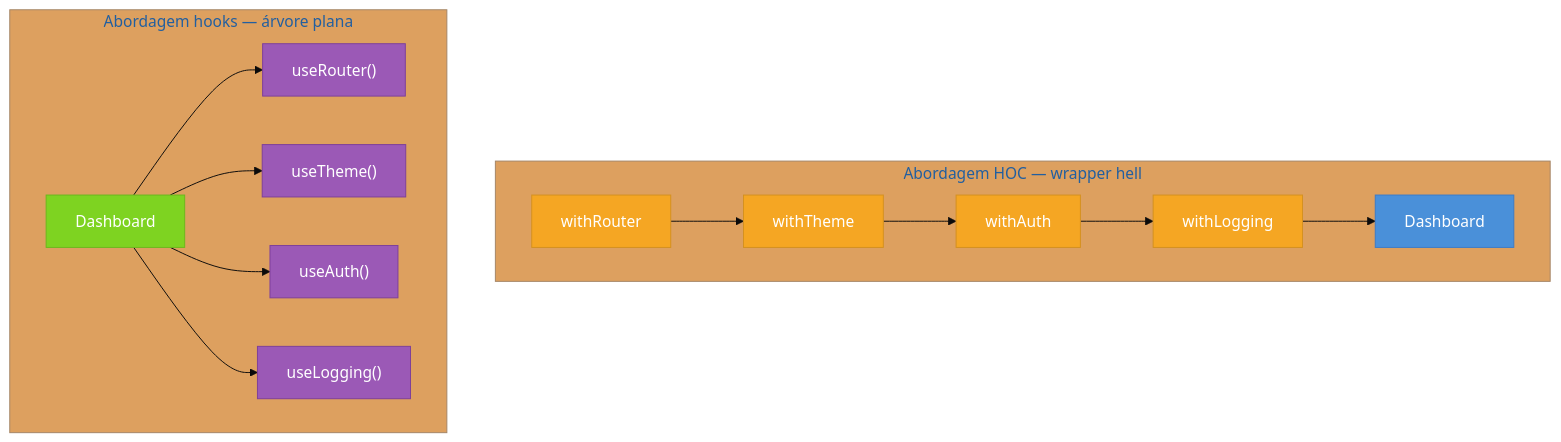
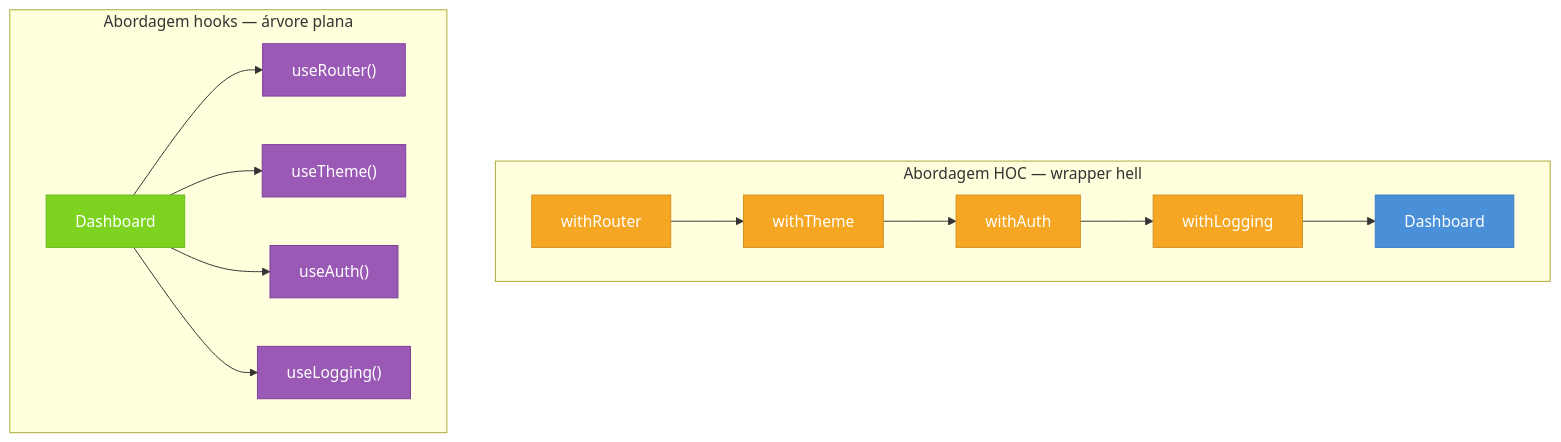
One commit to josenaldo/codex-technomanticus changed the second of 2 diagrams in 03-Dominios/Tecnologia/React/Design Patterns/09 - Higher-Order Components (HOC).md. Above: the diagram before and after it, drawn with Mermaid. The commit also changed other lines of this file and 1181 other files, not shown here.

First line of the commit message:
fix(diagramas): paleta do sistema no lugar de cor cravada no markdown

````diff
--- a/03-Dominios/Tecnologia/React/Design Patterns/09 - Higher-Order Components (HOC).md
+++ b/03-Dominios/Tecnologia/React/Design Patterns/09 - Higher-Order Components (HOC).md
@@ -245,22 +244,21 @@
 ```mermaid
-%%{init: {"theme": "base", "themeVariables": {"primaryColor": "#4A90D9"}}}%%
 graph TD
+    classDef normal fill:#4A90D9,color:#fff,stroke:#3a7bc8
+    classDef warning fill:#F5A623,color:#fff,stroke:#d4901f
+    classDef success fill:#7ED321,color:#fff,stroke:#6ab81c
+    classDef hook fill:#9B59B6,color:#fff,stroke:#7d3f9a
     subgraph HOC["Abordagem HOC — wrapper hell"]
       WR["withRouter"]:::warning --> WT["withTheme"]:::warning
       WT --> WA["withAuth"]:::warning
       WA --> WL["withLogging"]:::warning
       WL --> DASH1["Dashboard"]:::normal
     end
 
     subgraph HOOK["Abordagem hooks — árvore plana"]
       DASH2["Dashboard"]:::success --> H1["useRouter()"]:::hook
       DASH2 --> H2["useTheme()"]:::hook
       DASH2 --> H3["useAuth()"]:::hook
       DASH2 --> H4["useLogging()"]:::hook
     end
 
-    classDef normal fill:#4A90D9,color:#fff,stroke:#3a7bc8
-    classDef warning fill:#F5A623,color:#fff,stroke:#d4901f
-    classDef success fill:#7ED321,color:#fff,stroke:#6ab81c
-    classDef hook fill:#9B59B6,color:#fff,stroke:#7d3f9a
 ```
````
